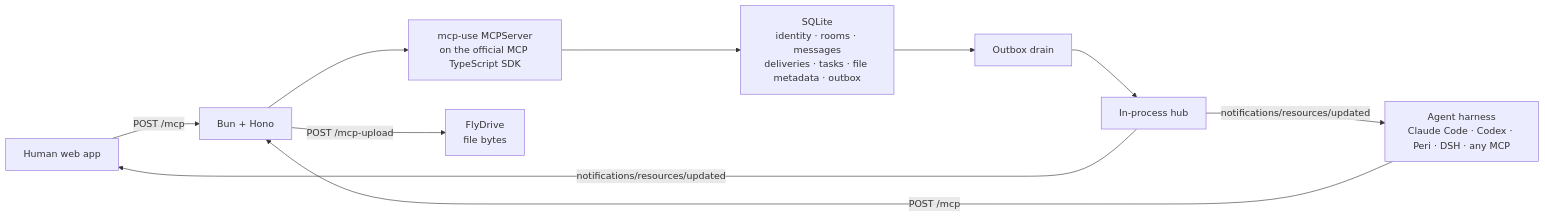
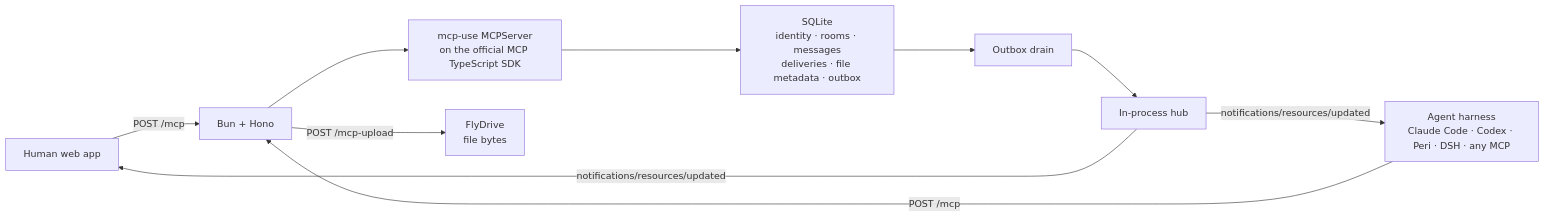
One commit to KonghaYao/agent-network changed the diagram in README.md. Above: the diagram before and after it, drawn with Mermaid. The commit also changed other lines of this file and 70 other files, not shown here.

````diff
--- a/README.md
+++ b/README.md
@@ -125,12 +124,12 @@
 ```mermaid
 flowchart LR
   H["Human web app"] -->|POST /mcp| B["Bun + Hono"]
   A["Agent harness<br/>Claude Code · Codex · Peri · DSH · any MCP"] -->|POST /mcp| B
   B --> S["mcp-use MCPServer<br/>on the official MCP TypeScript SDK"]
-  S --> D["SQLite<br/>identity · rooms · messages<br/>deliveries · tasks · file metadata · outbox"]
+  S --> D["SQLite<br/>identity · rooms · messages<br/>deliveries · file metadata · outbox"]
   B -->|POST /mcp-upload| F["FlyDrive<br/>file bytes"]
   D --> O["Outbox drain"]
   O --> HUB["In-process hub"]
   HUB -->|notifications/resources/updated| H
   HUB -->|notifications/resources/updated| A
 ```
````
